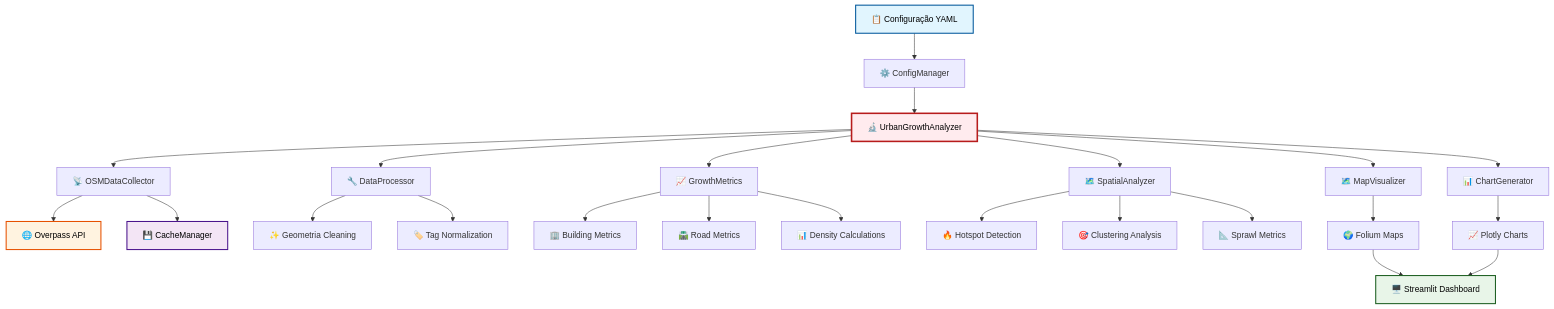
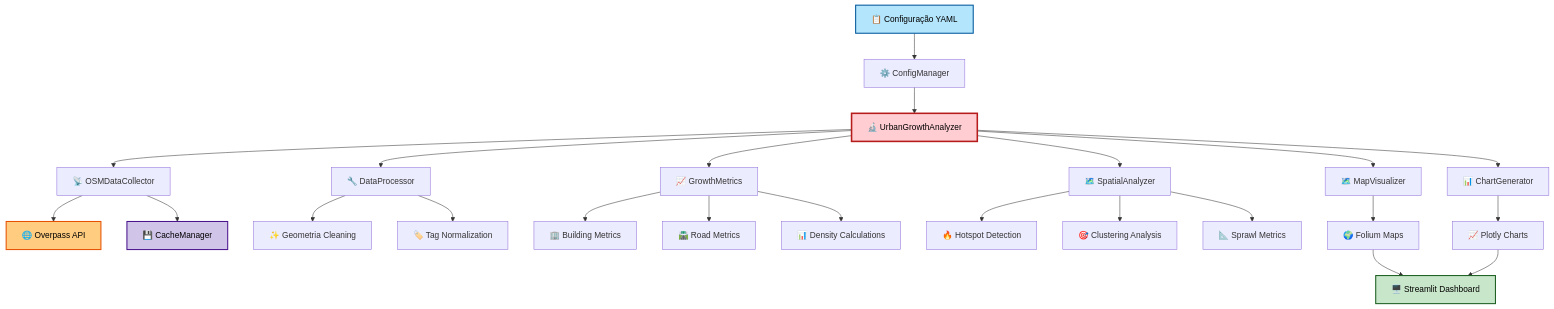
The first of 4 diagrams in README.md (gregorizeidler/osm-urban-growth-analyzer), drawn with Mermaid before and after one commit. The commit also changed other lines of this file, not shown here.

First line of the commit message:
📊 Improve diagram readability

````diff
--- a/README.md
+++ b/README.md
@@ -24,37 +24,37 @@
 ```mermaid
 flowchart TD
     A[📋 Configuração YAML] --> B[⚙️ ConfigManager]
     B --> C[🔬 UrbanGrowthAnalyzer]
     C --> D[📡 OSMDataCollector]
     C --> E[🔧 DataProcessor]
     C --> F[📈 GrowthMetrics]
     C --> G[🗺️ SpatialAnalyzer]
     
     D --> H[🌐 Overpass API]
     D --> I[💾 CacheManager]
     
     E --> J[✨ Geometria Cleaning]
     E --> K[🏷️ Tag Normalization]
     
     F --> L[🏢 Building Metrics]
     F --> M[🛣️ Road Metrics]
     F --> N[📊 Density Calculations]
     
     G --> O[🔥 Hotspot Detection]
     G --> P[🎯 Clustering Analysis]
     G --> Q[📐 Sprawl Metrics]
     
     C --> R[🗺️ MapVisualizer]
     C --> S[📊 ChartGenerator]
     R --> T[🌍 Folium Maps]
     S --> U[📈 Plotly Charts]
     
     T --> V[🖥️ Streamlit Dashboard]
     U --> V
     
-    style A fill:#e1f5fe,stroke:#01579b,stroke-width:2px,color:#000
-    style H fill:#fff3e0,stroke:#e65100,stroke-width:2px,color:#000
-    style I fill:#f3e5f5,stroke:#4a148c,stroke-width:2px,color:#000
-    style V fill:#e8f5e8,stroke:#1b5e20,stroke-width:2px,color:#000
-    style C fill:#ffebee,stroke:#b71c1c,stroke-width:3px,color:#000
+    style A fill:#b3e5fc,stroke:#01579b,stroke-width:2px,color:#000
+    style H fill:#ffcc80,stroke:#e65100,stroke-width:2px,color:#000
+    style I fill:#d1c4e9,stroke:#4a148c,stroke-width:2px,color:#000
+    style V fill:#c8e6c9,stroke:#1b5e20,stroke-width:2px,color:#000
+    style C fill:#ffcdd2,stroke:#b71c1c,stroke-width:3px,color:#000
 ```
````
